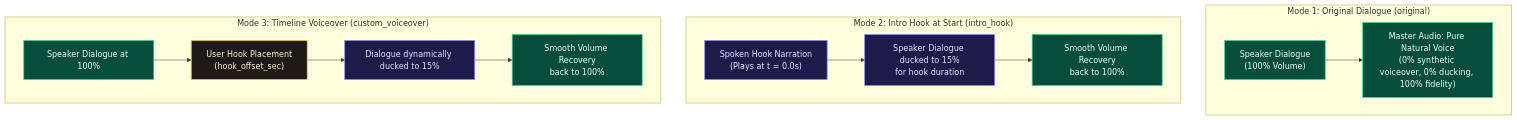
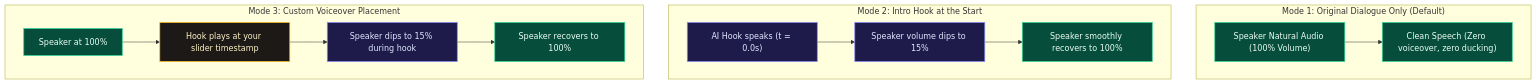
One commit to DivyamJoshi2005/Alfred changed the fifth of 6 diagrams in README.md. Above: the diagram before and after it, drawn with Mermaid. The commit also changed other lines of this file and 1 other file, not shown here.

Commit message:
docs: rewrite READMEs in human-friendly, plain English with clear intuitive flowcharts

````diff
--- a/README.md
+++ b/README.md
@@ -410,30 +215,21 @@
 ```mermaid
 flowchart TD
     classDef natural fill:#064e3b,stroke:#34d399,stroke-width:1.5px,color:#ecfdf5;
     classDef ducked fill:#1e1b4b,stroke:#818cf8,stroke-width:1.5px,color:#e0e7ff;
     classDef custom fill:#1c1917,stroke:#fbbf24,stroke-width:1.5px,color:#fef3c7;
 
-    subgraph Mode1 ["Mode 1: Original Dialogue (original)"]
+    subgraph Mode1 ["Mode 1: Original Dialogue Only (Default)"]
         direction LR
-        Src1["Speaker Dialogue\n(100% Volume)"]:::natural
-        Out1["Master Audio: Pure Natural Voice\n(0% synthetic voiceover, 0% ducking, 100% fidelity)"]:::natural
-        Src1 --> Out1
+        M1_In["Speaker Natural Audio (100% Volume)"]:::natural --> M1_Out["Clean Speech (Zero voiceover, zero ducking)"]:::natural
     end
 
-    subgraph Mode2 ["Mode 2: Intro Hook at Start (intro_hook)"]
+    subgraph Mode2 ["Mode 2: Intro Hook at the Start"]
         direction LR
-        Hook2["Spoken Hook Narration\n(Plays at t = 0.0s)"]:::ducked
-        Duck2["Speaker Dialogue ducked to 15%\nfor hook duration"]:::ducked
-        Rec2["Smooth Volume Recovery\nback to 100%"]:::natural
-        Hook2 --> Duck2 --> Rec2
+        M2_Hook["AI Hook speaks (t = 0.0s)"]:::ducked --> M2_Duck["Speaker volume dips to 15%"]:::ducked --> M2_Rec["Speaker smoothly recovers to 100%"]:::natural
     end
 
-    subgraph Mode3 ["Mode 3: Timeline Voiceover (custom_voiceover)"]
+    subgraph Mode3 ["Mode 3: Custom Voiceover Placement"]
         direction LR
-        Pre3["Speaker Dialogue at 100%"]:::natural
-        Offset3["User Hook Placement\n(hook_offset_sec)"]:::custom
-        Duck3["Dialogue dynamically ducked to 15%"]:::ducked
-        Post3["Smooth Volume Recovery\nback to 100%"]:::natural
-        Pre3 --> Offset3 --> Duck3 --> Post3
+        M3_Start["Speaker at 100%"]:::natural --> M3_Window["Hook plays at your slider timestamp"]:::custom --> M3_Duck["Speaker dips to 15% during hook"]:::ducked --> M3_End["Speaker recovers to 100%"]:::natural
     end
 ```
````
